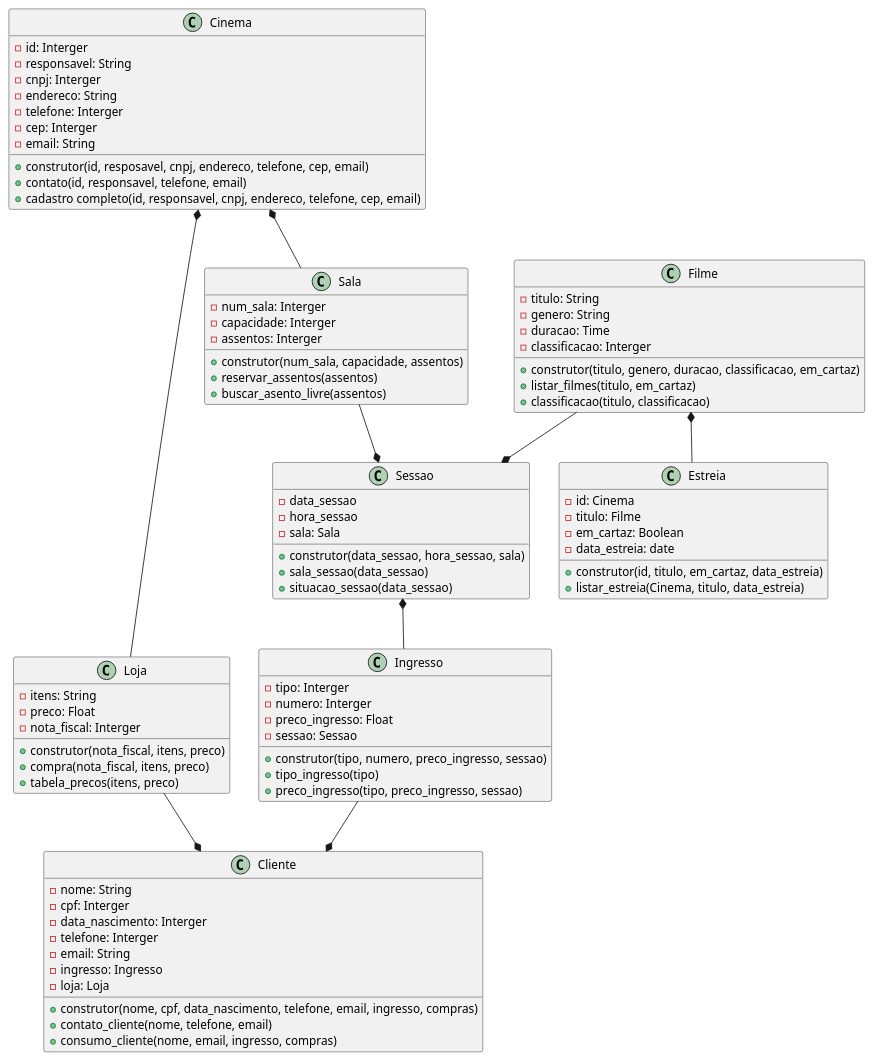
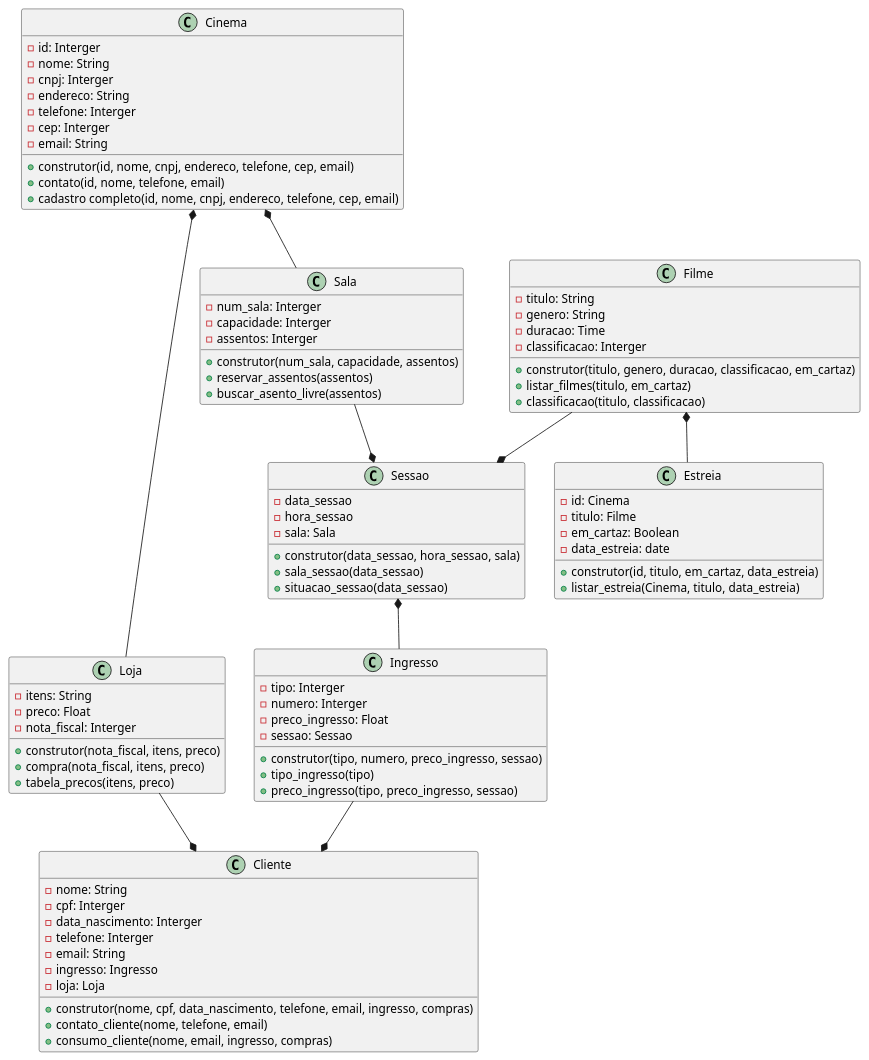
The diagram in cinema_grupo1.plantuml (anleaes/2023-1-N1-POO-01), drawn with PlantUML before and after one commit.

```diff
--- a/cinema_grupo1.plantuml
+++ b/cinema_grupo1.plantuml
@@ -1,93 +1,93 @@
 @startuml Diagrama Herança Cinema - Grupo 1
 
 class Cinema {
     - id: Interger
-    - responsavel: String
+    - nome: String
     - cnpj: Interger 
     - endereco: String
     - telefone: Interger
     - cep: Interger
     - email: String
-    + construtor(id, resposavel, cnpj, endereco, telefone, cep, email)
-    + contato(id, responsavel, telefone, email)
-    + cadastro completo(id, responsavel, cnpj, endereco, telefone, cep, email)
+    + construtor(id, nome, cnpj, endereco, telefone, cep, email)
+    + contato(id, nome, telefone, email)
+    + cadastro completo(id, nome, cnpj, endereco, telefone, cep, email)
 }
 
 class Sala{
     - num_sala: Interger
     - capacidade: Interger
     - assentos: Interger
     + construtor(num_sala, capacidade, assentos)
     + reservar_assentos(assentos)
     + buscar_asento_livre(assentos)
 }
 
 class Sessao{
     - data_sessao
     - hora_sessao
     - sala: Sala
     + construtor(data_sessao, hora_sessao, sala)
     + sala_sessao(data_sessao)
     + situacao_sessao(data_sessao)      
 }
 
 class Loja{
     - itens: String
     - preco: Float
     - nota_fiscal: Interger
     + construtor(nota_fiscal, itens, preco)
     + compra(nota_fiscal, itens, preco)
     + tabela_precos(itens, preco)
 }
 
 class Ingresso{
     - tipo: Interger
     - numero: Interger
     - preco_ingresso: Float
     - sessao: Sessao
     + construtor(tipo, numero, preco_ingresso, sessao)
     + tipo_ingresso(tipo)
     + preco_ingresso(tipo, preco_ingresso, sessao)
 }
 
 class Cliente{
     - nome: String
     - cpf: Interger
     - data_nascimento: Interger
     - telefone: Interger
     - email: String
     - ingresso: Ingresso
     - loja: Loja
     + construtor(nome, cpf, data_nascimento, telefone, email, ingresso, compras)
     + contato_cliente(nome, telefone, email)
     + consumo_cliente(nome, email, ingresso, compras)    
 }
 
 class Filme{
     - titulo: String
     - genero: String
     - duracao: Time
     - classificacao: Interger
     + construtor(titulo, genero, duracao, classificacao, em_cartaz)
     + listar_filmes(titulo, em_cartaz)
     + classificacao(titulo, classificacao)
 }
 
 class Estreia {
     - id: Cinema
     - titulo: Filme
     - em_cartaz: Boolean
     - data_estreia: date
     + construtor(id, titulo, em_cartaz, data_estreia)
     + listar_estreia(Cinema, titulo, data_estreia)
 }
 
 Cinema *-- Sala
 Sala --* Sessao
 Filme --* Sessao
 Filme *-- Estreia
 Ingresso --* Cliente
 Cinema *-- Loja
 Loja --* Cliente
 Sessao *-- Ingresso
 @enduml
```
